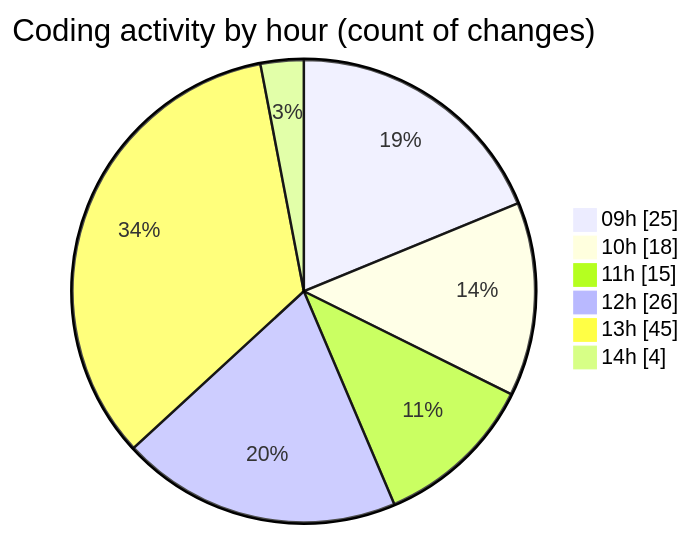
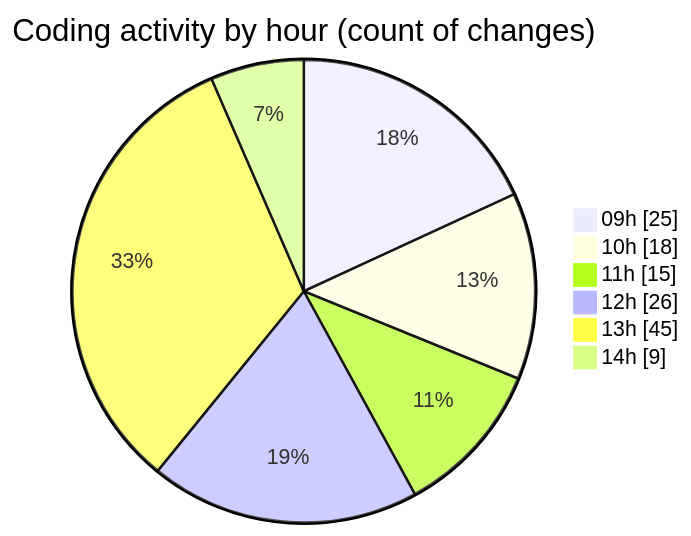
One commit to momahboobian/code-tracking changed the second of 2 diagrams in 2025-03-13/cda/README.md. Above: the diagram before and after it, drawn with Mermaid. The commit also changed other lines of this file and 1 other file, not shown here.

````diff
--- a/2025-03-13/cda/README.md
+++ b/2025-03-13/cda/README.md
@@ -42,10 +42,10 @@
 ```mermaid
 pie showData
 title Coding activity by hour (count of changes)
 "09h" : 25
 "10h" : 18
 "11h" : 15
 "12h" : 26
 "13h" : 45
-"14h" : 4
+"14h" : 9
 ```
````
